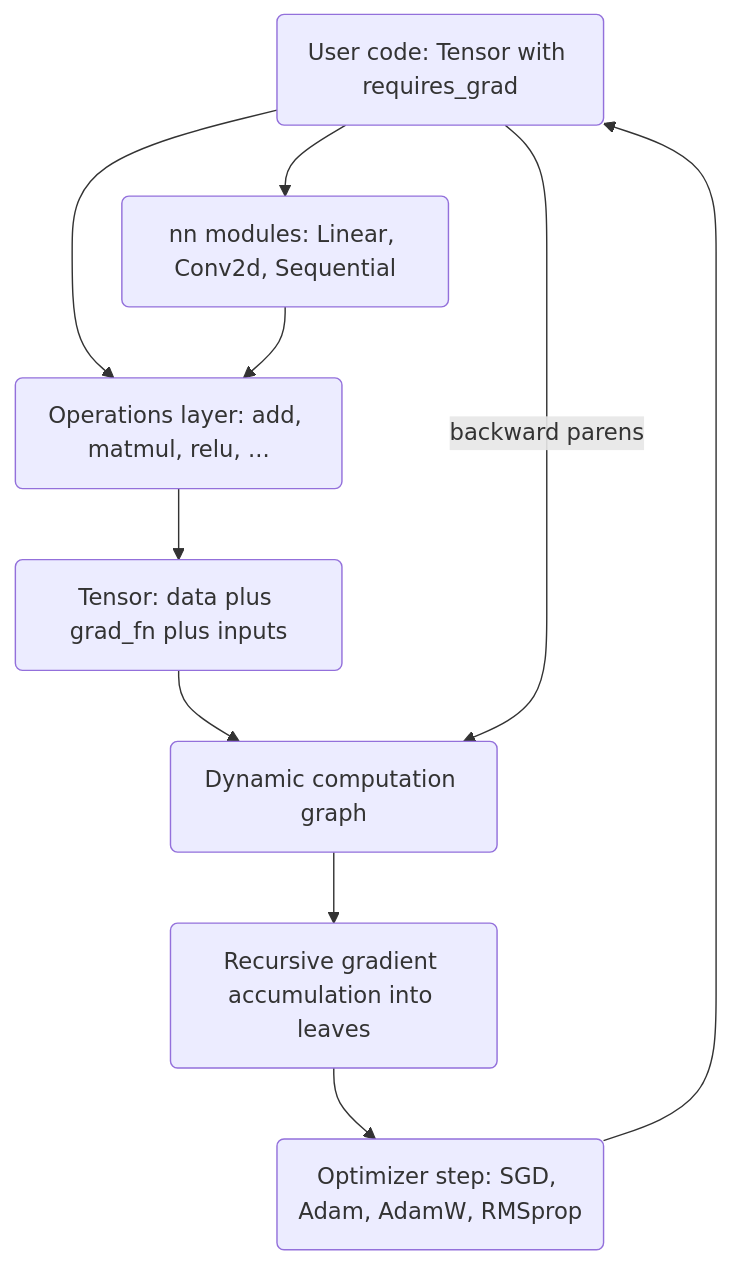
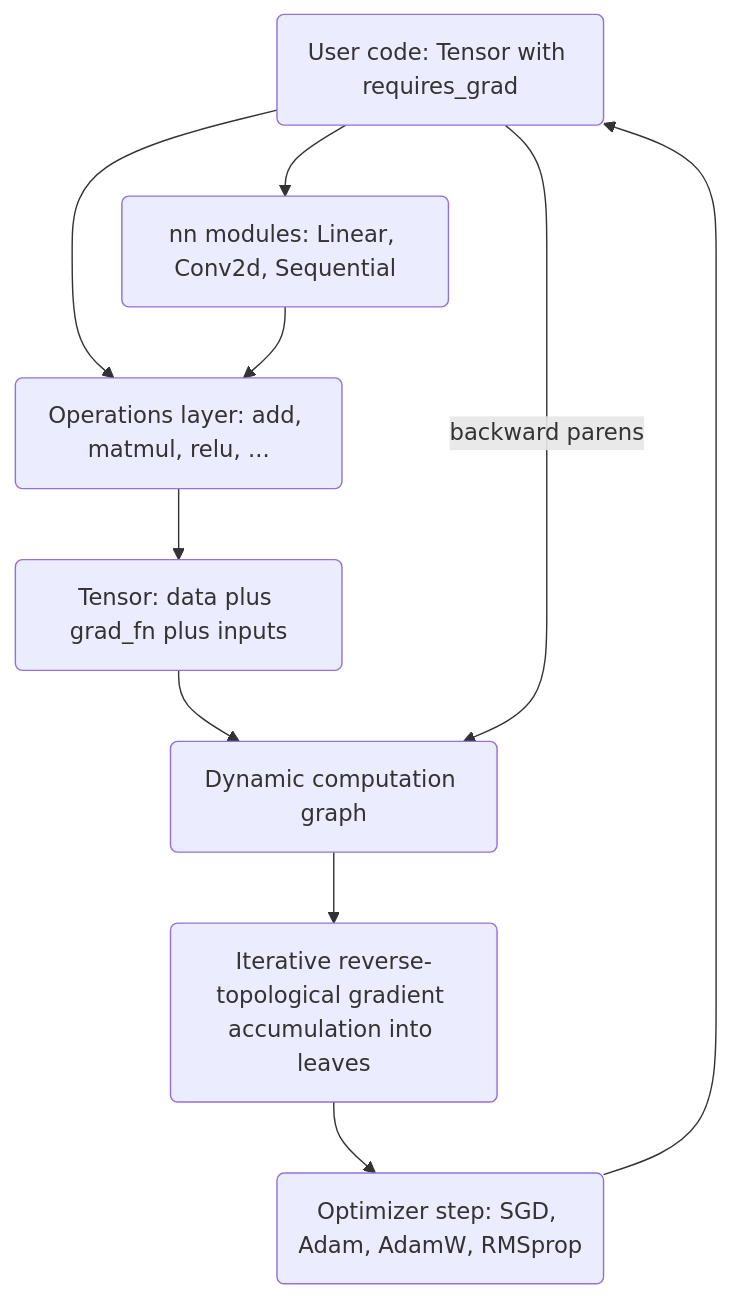
Before and after one commit to jchu0/applied-cs-projects: the diagram in 35-differentiable-programming/README.md, drawn with Mermaid. The commit also changed other lines of this file and 5 other files, not shown here.

First line of the commit message:
Tier C 35: iterative backward (deep graphs) + trainable Conv2d

````diff
--- a/35-differentiable-programming/README.md
+++ b/35-differentiable-programming/README.md
@@ -35,12 +38,12 @@
 ```mermaid
 flowchart TD
     User(User code: Tensor with requires_grad) --> Ops(Operations layer: add, matmul, relu, ...)
     User --> NN(nn modules: Linear, Conv2d, Sequential)
     NN --> Ops
     Ops --> Tensor(Tensor: data plus grad_fn plus inputs)
     Tensor --> Graph(Dynamic computation graph)
     User -- backward parens --> Graph
-    Graph --> Accum(Recursive gradient accumulation into leaves)
+    Graph --> Accum(Iterative reverse-topological gradient accumulation into leaves)
     Accum --> Opt(Optimizer step: SGD, Adam, AdamW, RMSprop)
     Opt --> User
 ```
````
